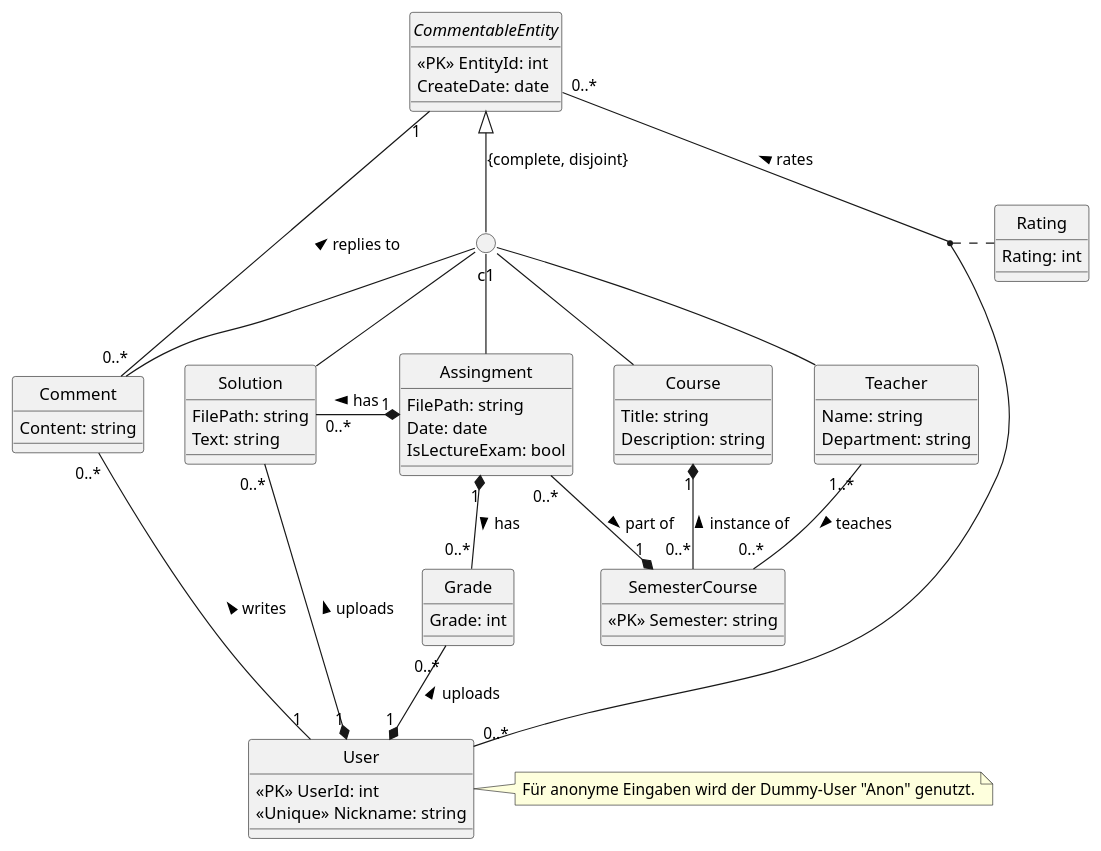
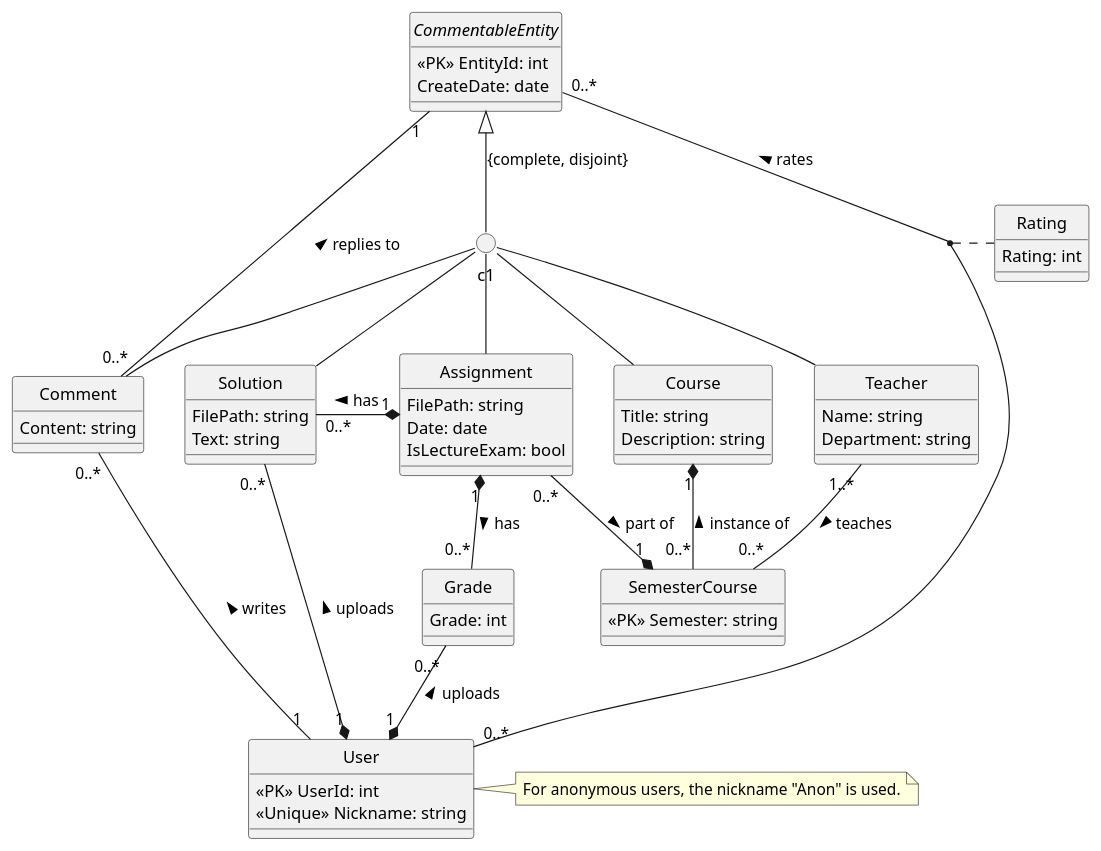
The diagram in DES/UE1/UE1_2.plantuml (Xoechz/SEbaBB3), drawn with PlantUML before and after one commit. The commit also changed 5 other files, not shown here.

```diff
--- a/DES/UE1/UE1_2.plantuml
+++ b/DES/UE1/UE1_2.plantuml
@@ -1,81 +1,81 @@
 @startuml UE1_2
 
 hide circle
 
 class Rating {
     Rating: int
 }
 
 abstract class CommentableEntity{
     <<PK>> EntityId: int
     CreateDate: date
 }
 
 together{
     class Comment{
         Content: string
     }
 
     class Course{
         Title: string
         Description: string
     }
 
     class Solution{
         FilePath: string
         Text: string
     }
 
-    class Assingment{
+    class Assignment{
         FilePath: string
         Date: date
         IsLectureExam: bool
     }
 
     class Teacher{
         Name: string
         Department: string
     }
 }
 
 class SemesterCourse{
     <<PK>> Semester: string
 }
 
 class Grade{
     Grade: int
 }
 
 class User{
     <<PK>> UserId: int
     <<Unique>> Nickname: string
 }
-note right: Für anonyme Eingaben wird der Dummy-User "Anon" genutzt.
+note right: For anonymous users, the nickname "Anon" is used.
 
 Circle c1
 
 c1 -up-|> CommentableEntity :{complete, disjoint}
 
 Comment -up- c1
 Course -up- c1
 Solution -up- c1
-Assingment -up- c1
+Assignment -up- c1
 Teacher -up- c1
 
 CommentableEntity "0..*" -down- "0..*" User : rates <
 (User, CommentableEntity) .. Rating
 User "1" -up- "0..*" Comment : writes >
 Comment "0..*" -up- "1" CommentableEntity : replies to >
 
 SemesterCourse "0..*" -up-* "1" Course : instance of >
 Teacher "1..*" -- "0..*" SemesterCourse : teaches >
 
-Assingment "0..*" -down-* "1" SemesterCourse : part of >
+Assignment "0..*" -down-* "1" SemesterCourse : part of >
 
 User "1" *-up- "0..*" Grade : uploads >
 User "1" *-up- "0..*" Solution : uploads >
 
-Grade "0..*" -up-* "1" Assingment : has <
-Solution "0..*" -right-* "1" Assingment : has <
+Grade "0..*" -up-* "1" Assignment : has <
+Solution "0..*" -right-* "1" Assignment : has <
 
 @enduml
```
